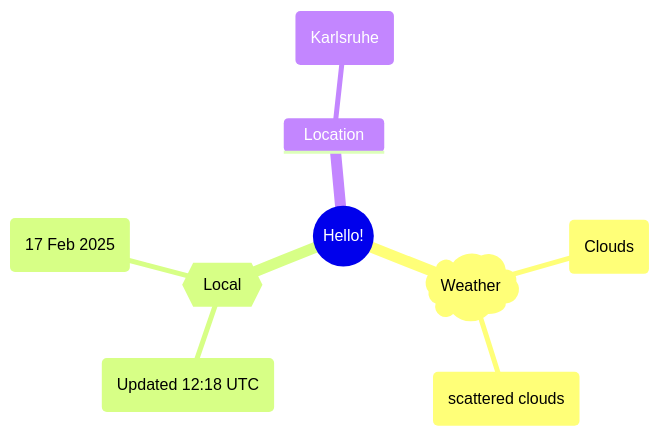
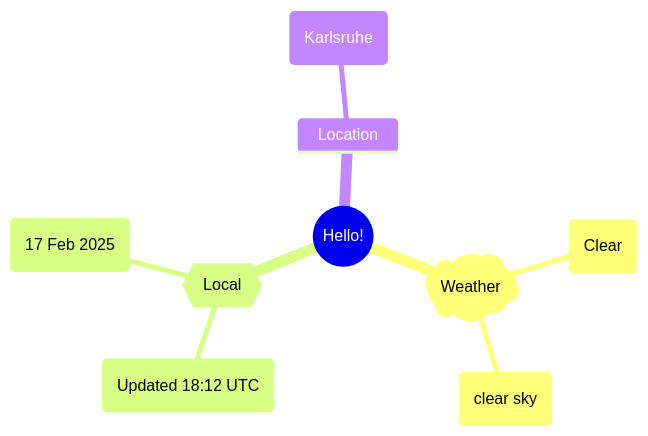
Before and after one commit to Xosrov/Xosrov: the first of 2 diagrams in README.md, drawn with Mermaid.

Commit message:
[bot] updated images

````diff
--- a/README.md
+++ b/README.md
@@ -3,12 +3,12 @@
 ```mermaid
 mindmap
   root((Hello!))
     )Weather(
-        (Clouds)
-        (scattered clouds)
+        (Clear)
+        (clear sky)
     {{Local}}
-        (Updated 12:18 UTC)
+        (Updated 18:12 UTC)
         (17 Feb 2025)
     Location
         (Karlsruhe)
 ```
````
